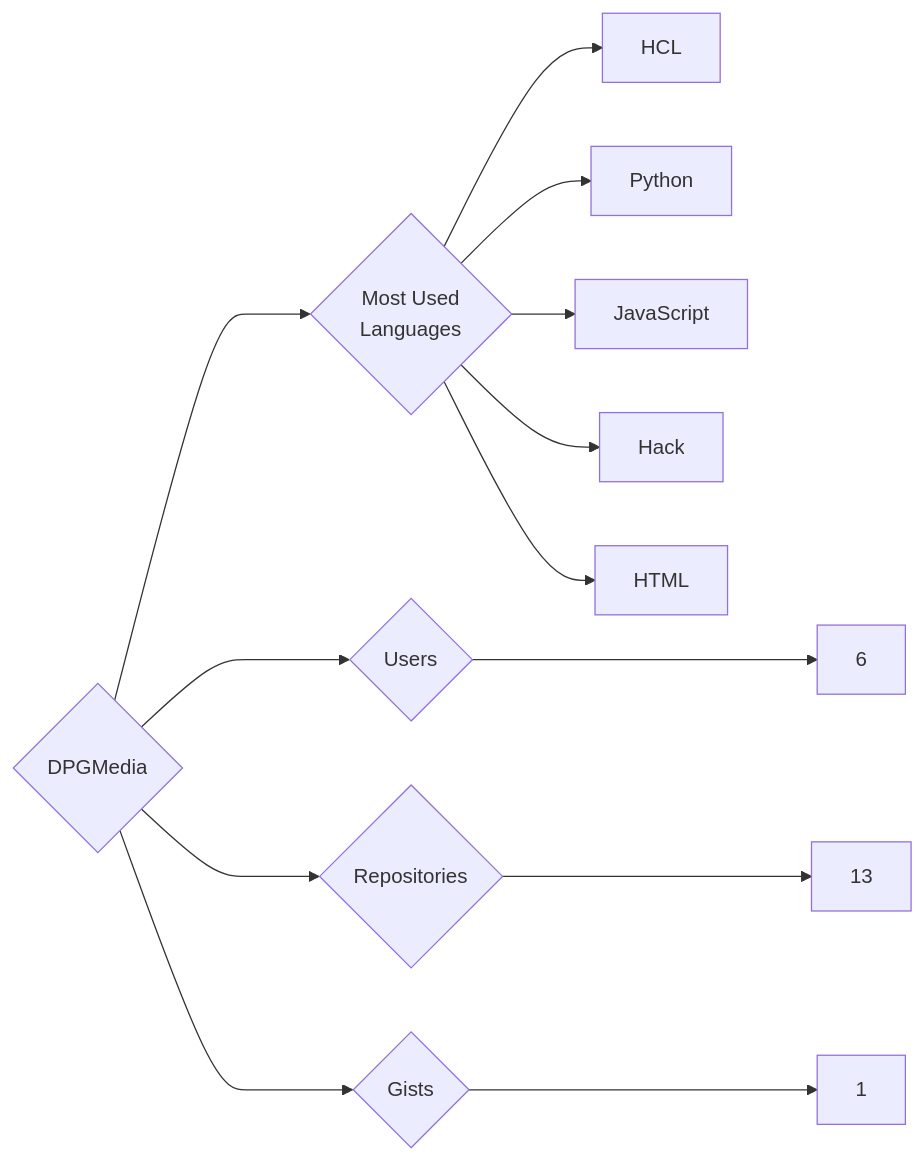
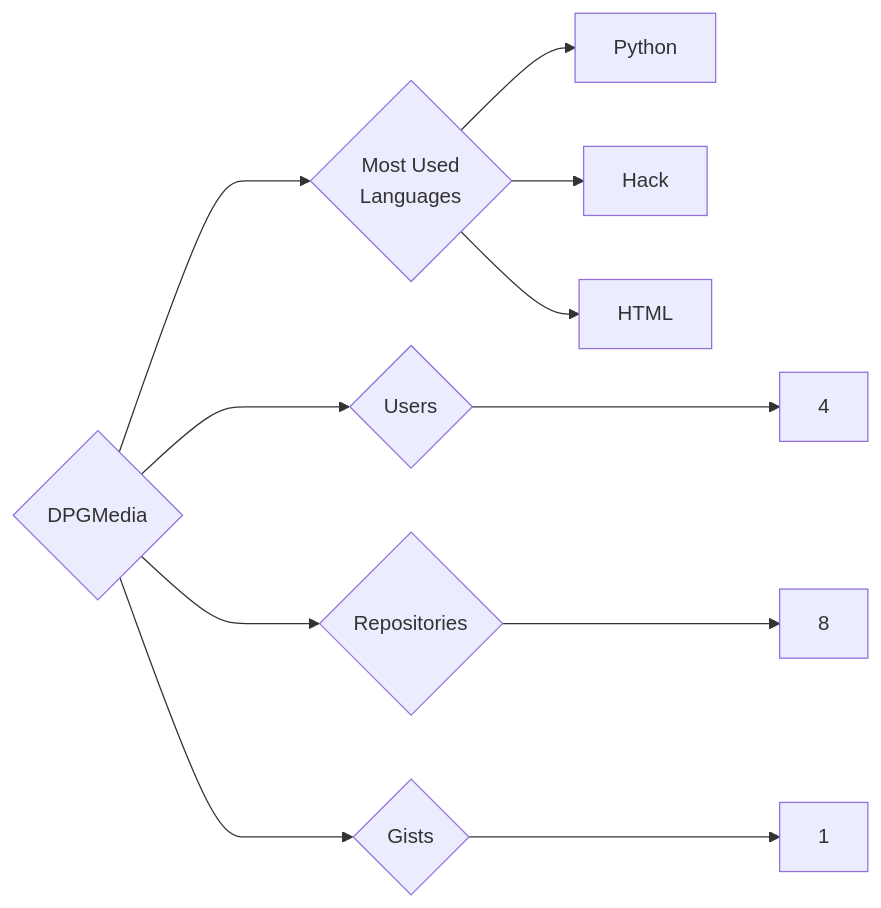
Before and after one commit to trickest/insiders: the diagram in targets/DPGMedia/README.md, drawn with Mermaid. The commit also changed 1084 other files, not shown here.

````diff
--- a/targets/DPGMedia/README.md
+++ b/targets/DPGMedia/README.md
@@ -3,13 +3,11 @@
 ```mermaid
 graph LR
 COMPANY_NAME{DPGMedia}
-COMPANY_NAME ---> U{Users} ---> UN[6]
-COMPANY_NAME ---> R{Repositories} ---> RN[13]
+COMPANY_NAME ---> U{Users} ---> UN[4]
+COMPANY_NAME ---> R{Repositories} ---> RN[8]
 COMPANY_NAME ---> G{Gists} ---> GN[1]
 COMPANY_NAME ---> ML{Most Used<br>Languages}
-ML --> HCL[HCL]
 ML --> Python[Python]
-ML --> JavaScript[JavaScript]
 ML --> Hack[Hack]
 ML --> HTML[HTML]
 ```
````
